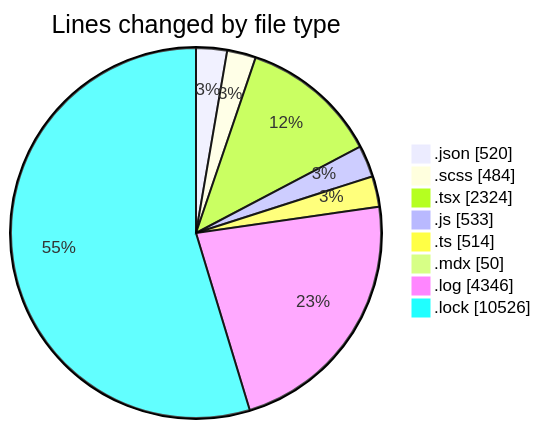
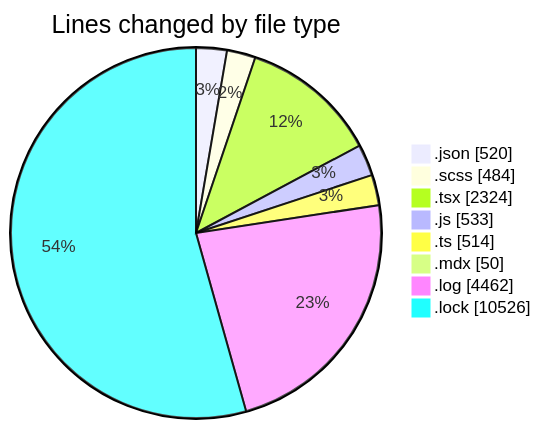
The first of 2 diagrams in 2026-04-20/cda/README.md (momahboobian/code-tracking), drawn with Mermaid before and after one commit. The commit also changed other lines of this file and 1 other file, not shown here.

````diff
--- a/2026-04-20/cda/README.md
+++ b/2026-04-20/cda/README.md
@@ -42,12 +42,12 @@
 ```mermaid
 pie showData
 title Lines changed by file type
 ".json" : 520
 ".scss" : 484
 ".tsx" : 2324
 ".js" : 533
 ".ts" : 514
 ".mdx" : 50
-".log" : 4346
+".log" : 4462
 ".lock" : 10526
 ```
````
